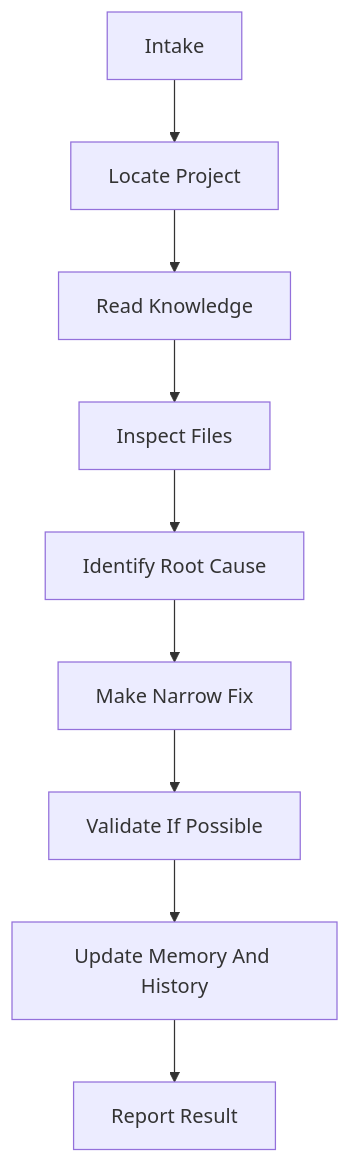
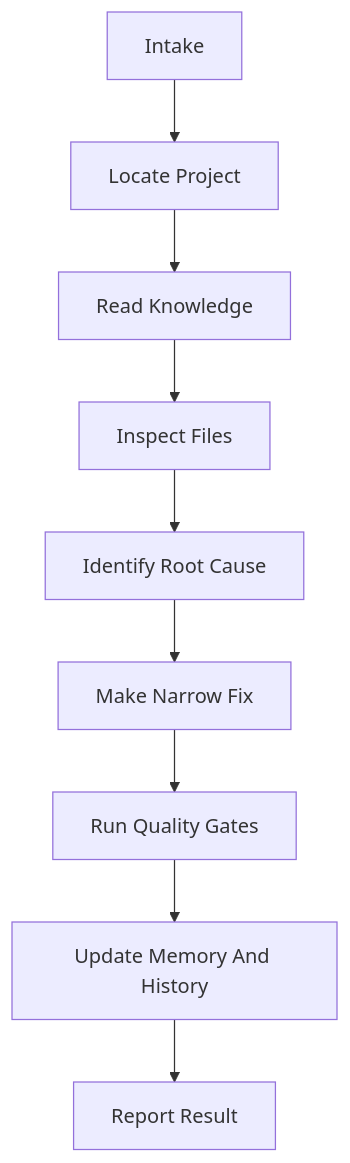
The diagram in INSTRUCTIONS/DEVELOPMENT_WORKFLOW.md (swayerloren/salesforce-coding), drawn with Mermaid before and after one commit. The commit also changed other lines of this file and 84 other files, not shown here.

Commit message:
Add Salesforce tooling references and Codex quality gates

````diff
--- a/INSTRUCTIONS/DEVELOPMENT_WORKFLOW.md
+++ b/INSTRUCTIONS/DEVELOPMENT_WORKFLOW.md
@@ -9,11 +9,11 @@
 ```mermaid
 flowchart TD
   A[Intake] --> B[Locate Project]
   B --> C[Read Knowledge]
   C --> D[Inspect Files]
   D --> E[Identify Root Cause]
   E --> F[Make Narrow Fix]
-  F --> G[Validate If Possible]
+  F --> G[Run Quality Gates]
   G --> H[Update Memory And History]
   H --> I[Report Result]
 ```
````
